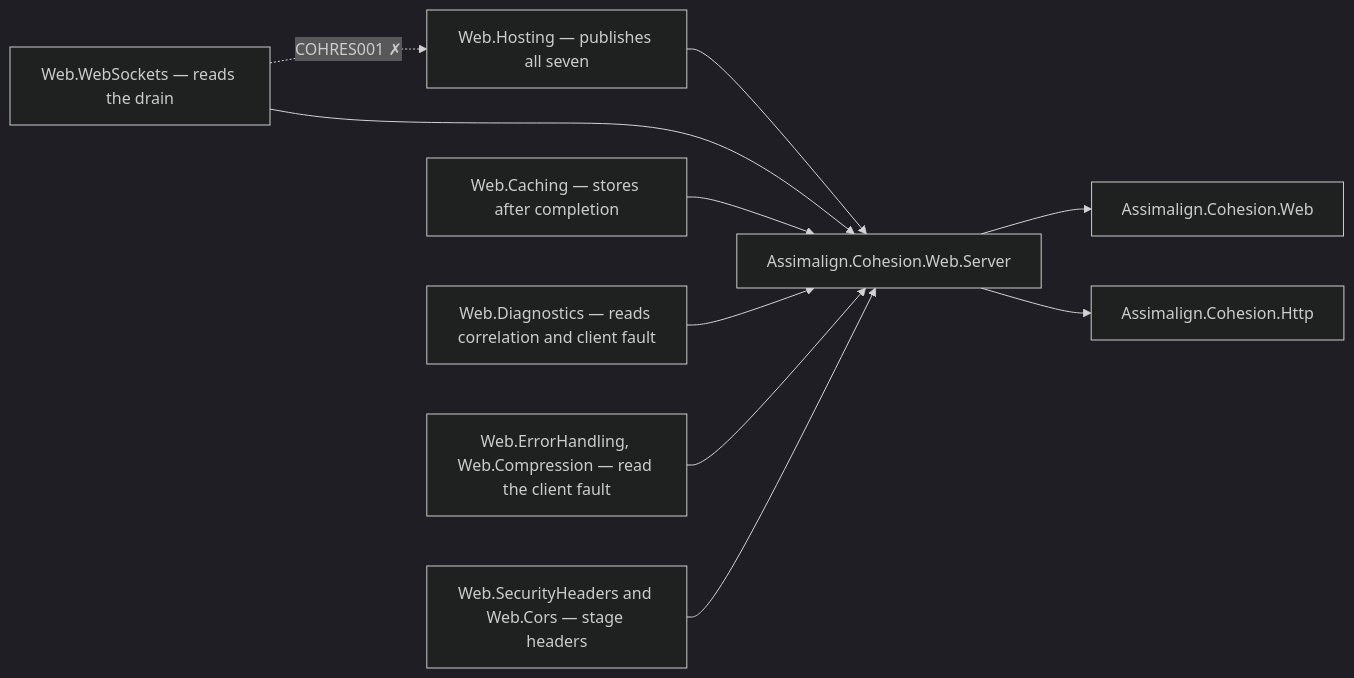
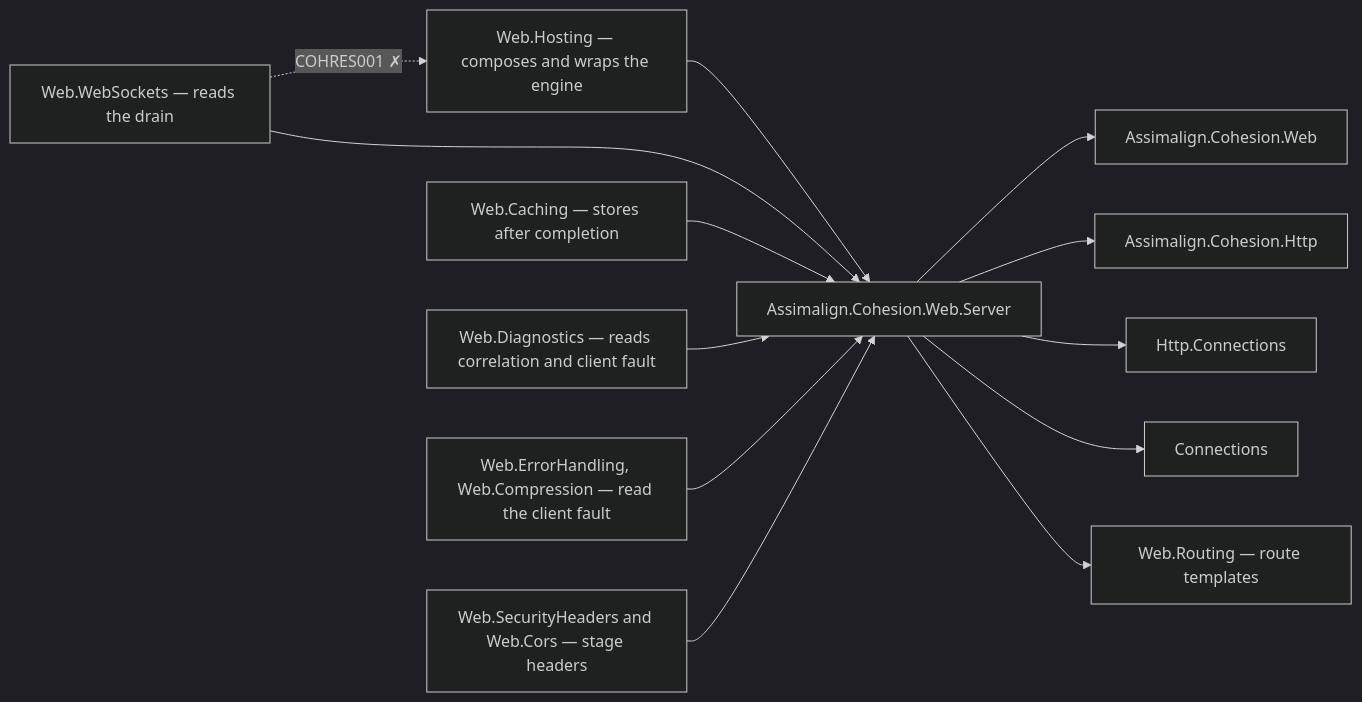
The first of 4 diagrams in resources/Web/Assimalign.Cohesion.Web.Server/docs/DESIGN.md (assimalign/cohesion), drawn with Mermaid (dark theme) before and after one commit. The commit also changed other lines of this file and 121 other files, not shown here.

First line of the commit message:
refactor(web): move server engine into Web.Server [L03.01.01.48.02]

````diff
--- a/resources/Web/Assimalign.Cohesion.Web.Server/docs/DESIGN.md
+++ b/resources/Web/Assimalign.Cohesion.Web.Server/docs/DESIGN.md
@@ -28,12 +29,15 @@
 ```mermaid
 flowchart LR
     Server["Assimalign.Cohesion.Web.Server"] --> Root["Assimalign.Cohesion.Web"]
     Server --> Http["Assimalign.Cohesion.Http"]
-    Hosting["Web.Hosting — publishes all seven"] --> Server
+    Hosting["Web.Hosting — composes and wraps the engine"] --> Server
+    Server --> HttpConnections["Http.Connections"]
+    Server --> Connections["Connections"]
+    Server --> Routing["Web.Routing — route templates"]
     WebSockets["Web.WebSockets — reads the drain"] --> Server
     Caching["Web.Caching — stores after completion"] --> Server
     Logging["Web.Diagnostics — reads correlation and client fault"] --> Server
     Faults["Web.ErrorHandling, Web.Compression — read the client fault"] --> Server
     Headers["Web.SecurityHeaders and Web.Cors — stage headers"] --> Server
     WebSockets -.->|"COHRES001 ✗"| Hosting
 ```
````
